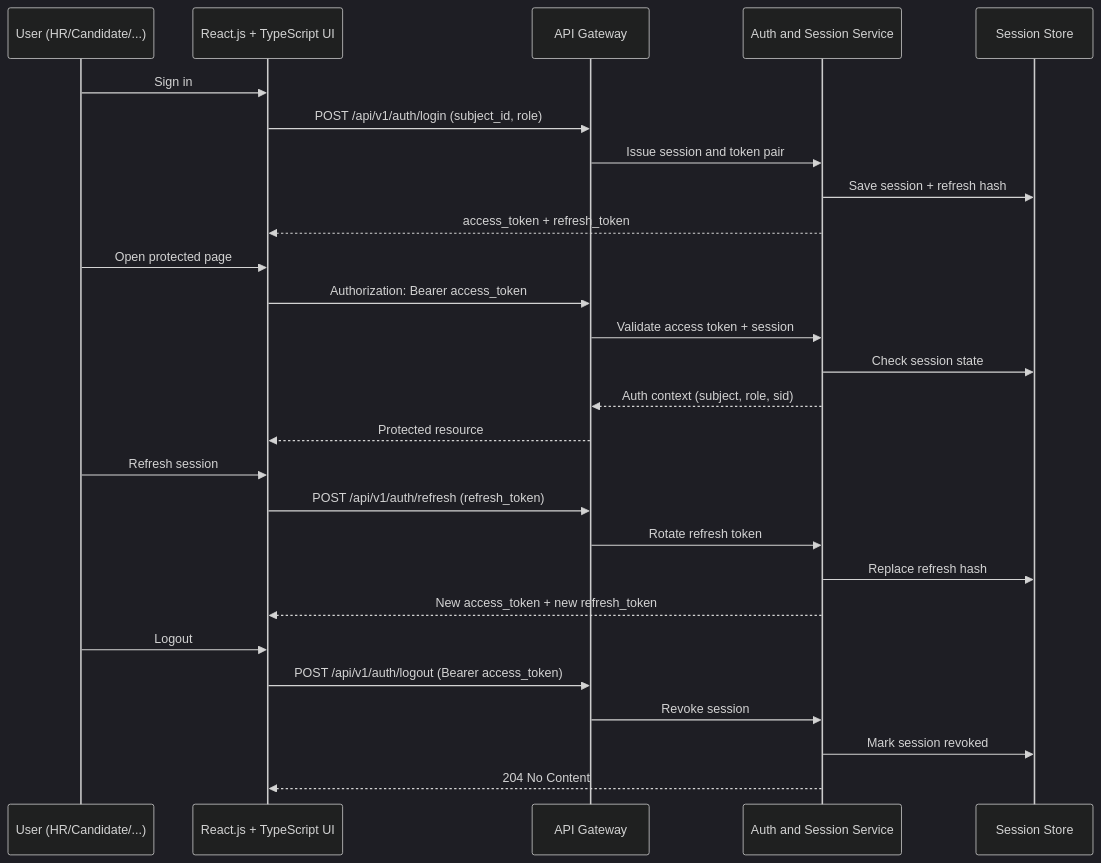
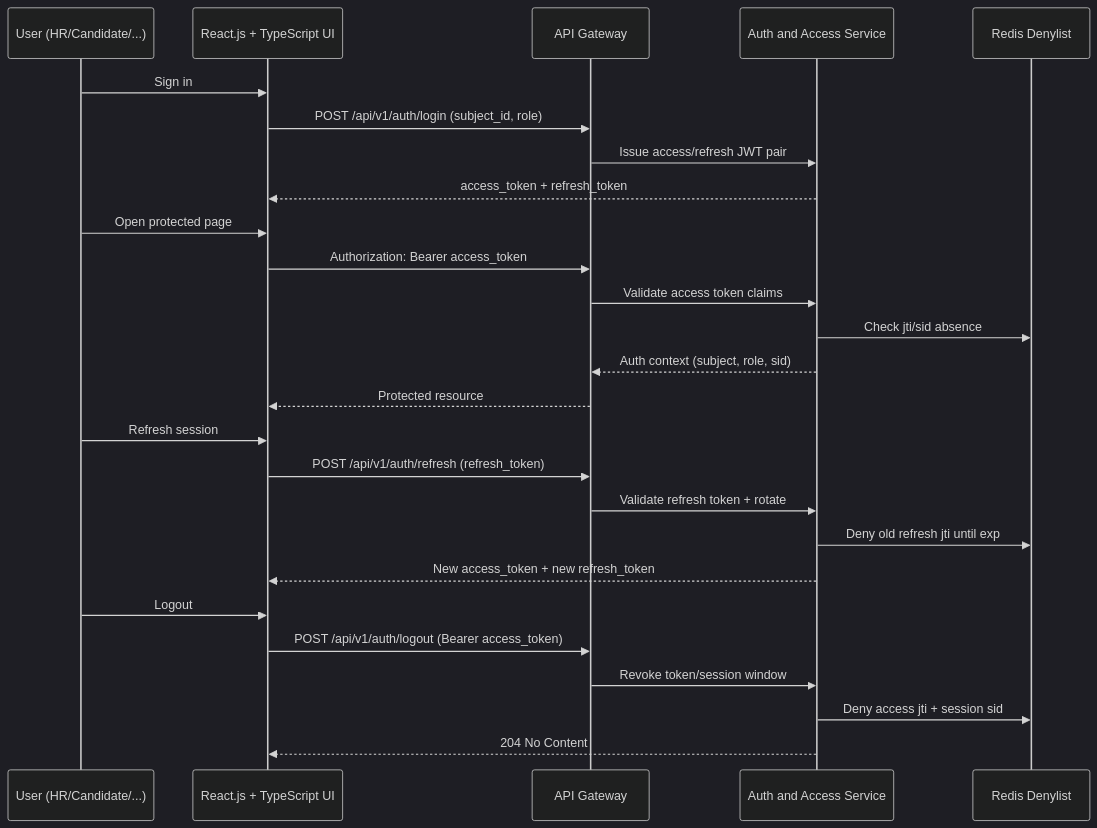
The tenth of 10 diagrams in docs/architecture/diagrams.md (RubiFoc/hrm), drawn with Mermaid (dark theme) before and after one commit. The commit also changed other lines of this file and 45 other files, not shown here.

Commit message:
refactor: migrate auth to jwt denylist package architecture

````diff
--- a/docs/architecture/diagrams.md
+++ b/docs/architecture/diagrams.md
@@ -281,33 +281,32 @@
 ```mermaid
 sequenceDiagram
   participant U as User (HR/Candidate/...)
   participant UI as React.js + TypeScript UI
   participant API as API Gateway
-  participant AUTH as Auth and Session Service
-  participant STORE as Session Store
+  participant AUTH as Auth and Access Service
+  participant DNL as Redis Denylist
 
   U->>UI: Sign in
   UI->>API: POST /api/v1/auth/login (subject_id, role)
-  API->>AUTH: Issue session and token pair
-  AUTH->>STORE: Save session + refresh hash
+  API->>AUTH: Issue access/refresh JWT pair
   AUTH-->>UI: access_token + refresh_token
 
   U->>UI: Open protected page
   UI->>API: Authorization: Bearer access_token
-  API->>AUTH: Validate access token + session
-  AUTH->>STORE: Check session state
+  API->>AUTH: Validate access token claims
+  AUTH->>DNL: Check jti/sid absence
   AUTH-->>API: Auth context (subject, role, sid)
   API-->>UI: Protected resource
 
   U->>UI: Refresh session
   UI->>API: POST /api/v1/auth/refresh (refresh_token)
-  API->>AUTH: Rotate refresh token
-  AUTH->>STORE: Replace refresh hash
+  API->>AUTH: Validate refresh token + rotate
+  AUTH->>DNL: Deny old refresh jti until exp
   AUTH-->>UI: New access_token + new refresh_token
 
   U->>UI: Logout
   UI->>API: POST /api/v1/auth/logout (Bearer access_token)
-  API->>AUTH: Revoke session
-  AUTH->>STORE: Mark session revoked
+  API->>AUTH: Revoke token/session window
+  AUTH->>DNL: Deny access jti + session sid
   AUTH-->>UI: 204 No Content
 ```
````
